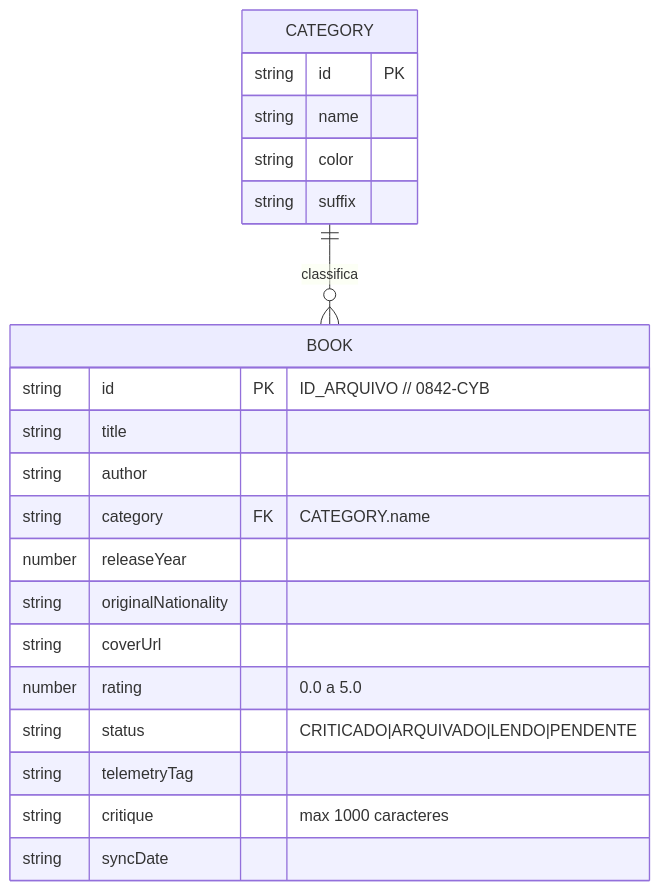
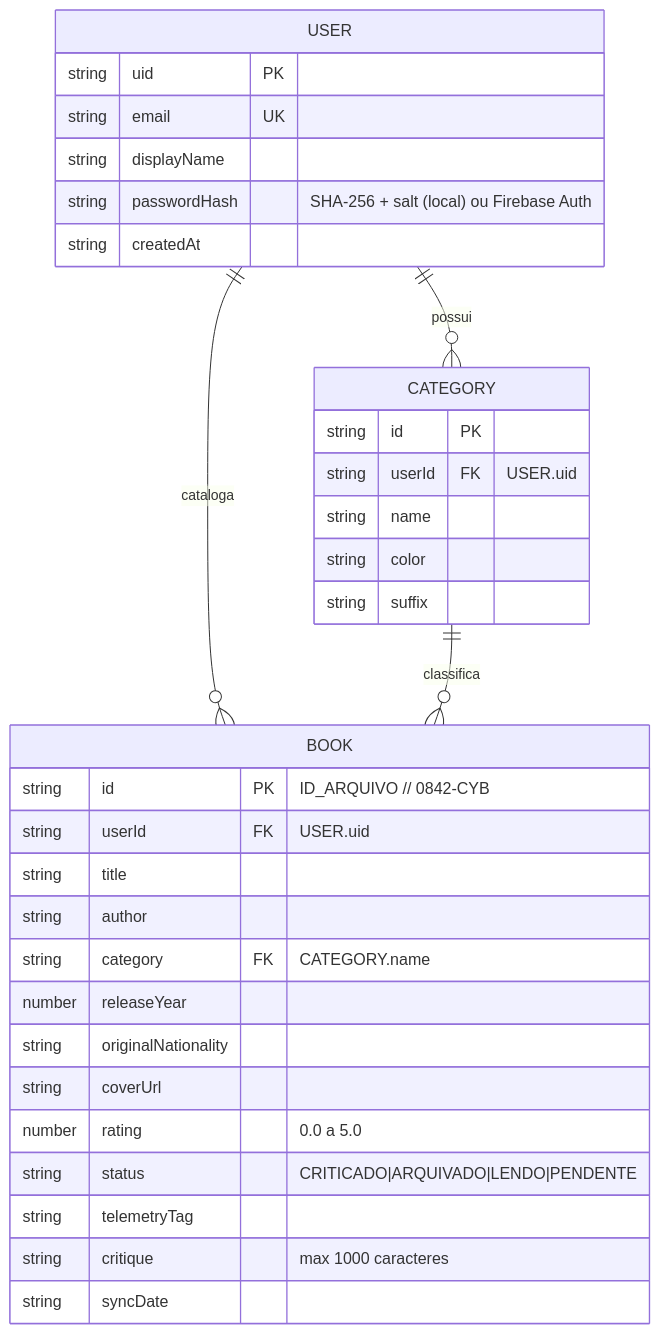
Before and after one commit to Glins-dev/librarytrix: the fourth of 5 diagrams in docs/arquitetura-der.md, drawn with Mermaid. The commit also changed other lines of this file and 14 other files, not shown here.

Commit message:
feat(auth): implementar autenticacao multiusuario sha-256 e isolamento de dados por conta (#16)

````diff
--- a/docs/arquitetura-der.md
+++ b/docs/arquitetura-der.md
@@ -40,24 +48,35 @@
 ```mermaid
 erDiagram
+  USER ||--o{ CATEGORY : possui
+  USER ||--o{ BOOK : cataloga
   CATEGORY ||--o{ BOOK : classifica
+  USER {
+    string uid PK
+    string email UK
+    string displayName
+    string passwordHash "SHA-256 + salt (local) ou Firebase Auth"
+    string createdAt
+  }
   CATEGORY {
     string id PK
+    string userId FK "USER.uid"
     string name
     string color
     string suffix
   }
   BOOK {
     string id PK "ID_ARQUIVO // 0842-CYB"
+    string userId FK "USER.uid"
     string title
     string author
     string category FK "CATEGORY.name"
     number releaseYear
     string originalNationality
     string coverUrl
     number rating "0.0 a 5.0"
     string status "CRITICADO|ARQUIVADO|LENDO|PENDENTE"
     string telemetryTag
     string critique "max 1000 caracteres"
     string syncDate
   }
 ```
````
